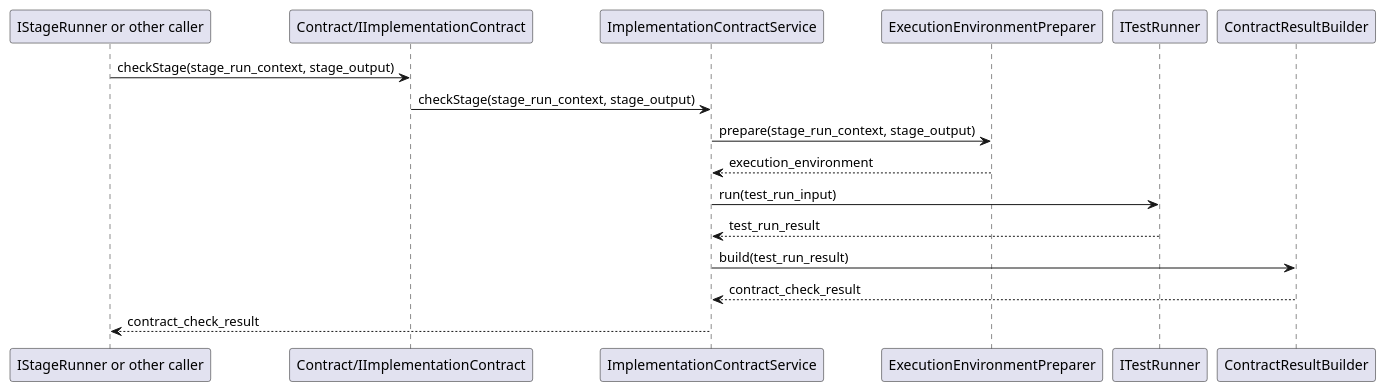
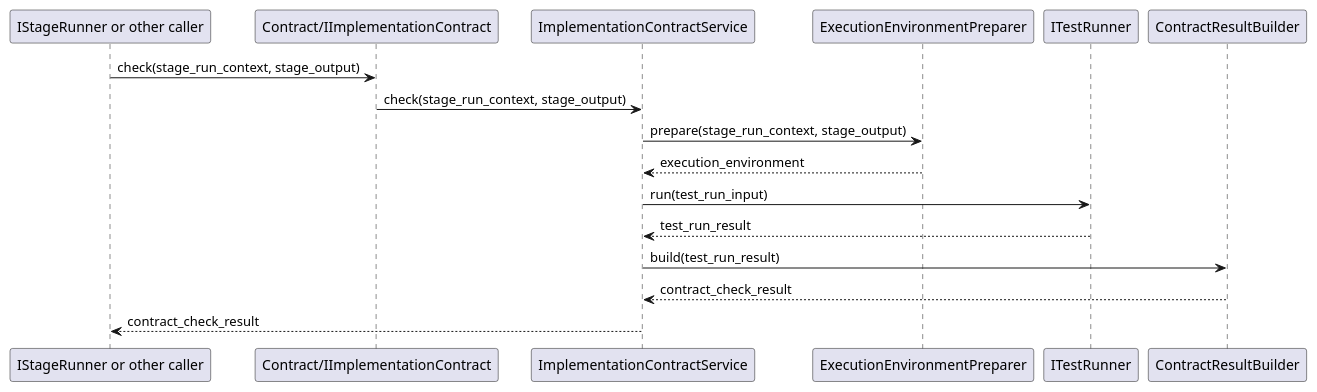
One commit to lucky-chen/ai_workflow_travel changed the second of 2 diagrams in meta_layer/docs/design_docs/Contract/ImplementationContract.md. Above: the diagram before and after it, drawn with PlantUML. The commit also changed other lines of this file and 18 other files, not shown here.

````diff
--- a/meta_layer/docs/design_docs/Contract/ImplementationContract.md
+++ b/meta_layer/docs/design_docs/Contract/ImplementationContract.md
@@ -125,20 +125,20 @@
 ```plantuml
 @startuml
 participant Caller as "IStageRunner or other caller"
 participant IImplementationContract as "Contract/IImplementationContract"
 participant ImplementationContractService
 participant ExecutionEnvironmentPreparer
 participant ITestRunner
 participant ContractResultBuilder
 
-Caller -> IImplementationContract: checkStage(stage_run_context, stage_output)
-IImplementationContract -> ImplementationContractService: checkStage(stage_run_context, stage_output)
+Caller -> IImplementationContract: check(stage_run_context, stage_output)
+IImplementationContract -> ImplementationContractService: check(stage_run_context, stage_output)
 ImplementationContractService -> ExecutionEnvironmentPreparer: prepare(stage_run_context, stage_output)
 ExecutionEnvironmentPreparer --> ImplementationContractService: execution_environment
 ImplementationContractService -> ITestRunner: run(test_run_input)
 ITestRunner --> ImplementationContractService: test_run_result
 ImplementationContractService -> ContractResultBuilder: build(test_run_result)
 ContractResultBuilder --> ImplementationContractService: contract_check_result
 ImplementationContractService --> Caller: contract_check_result
 @enduml
 ```
````
